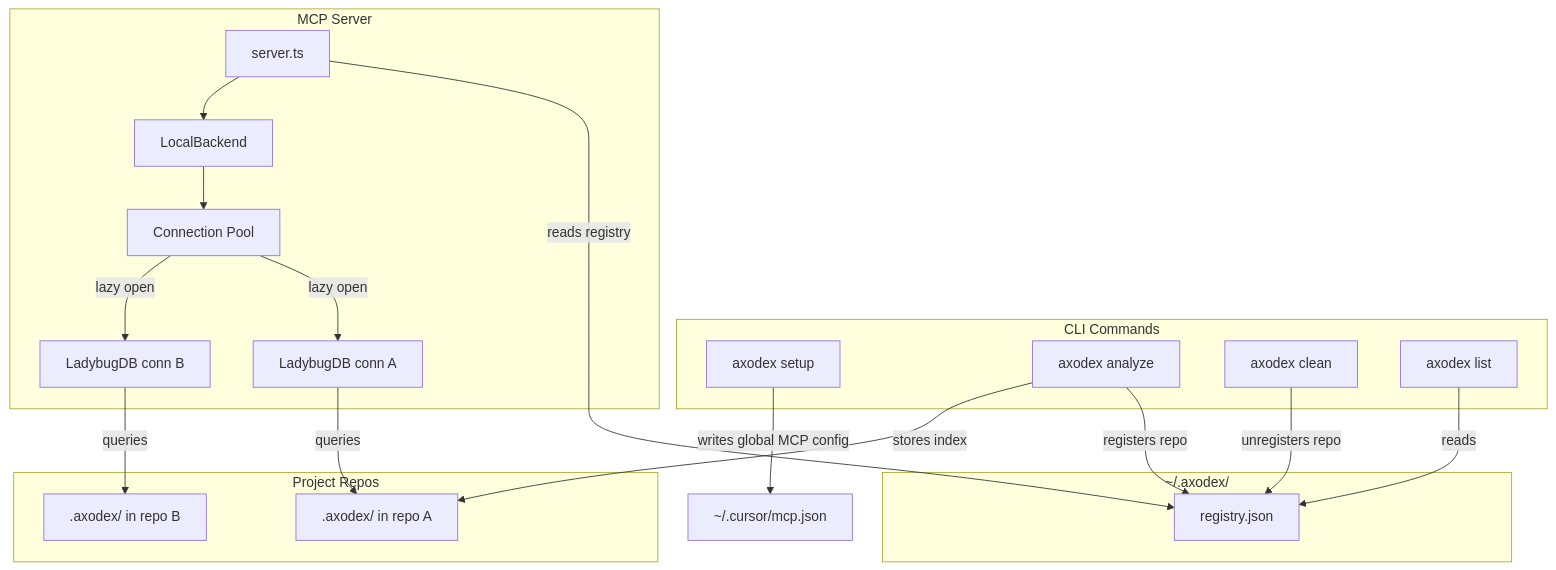
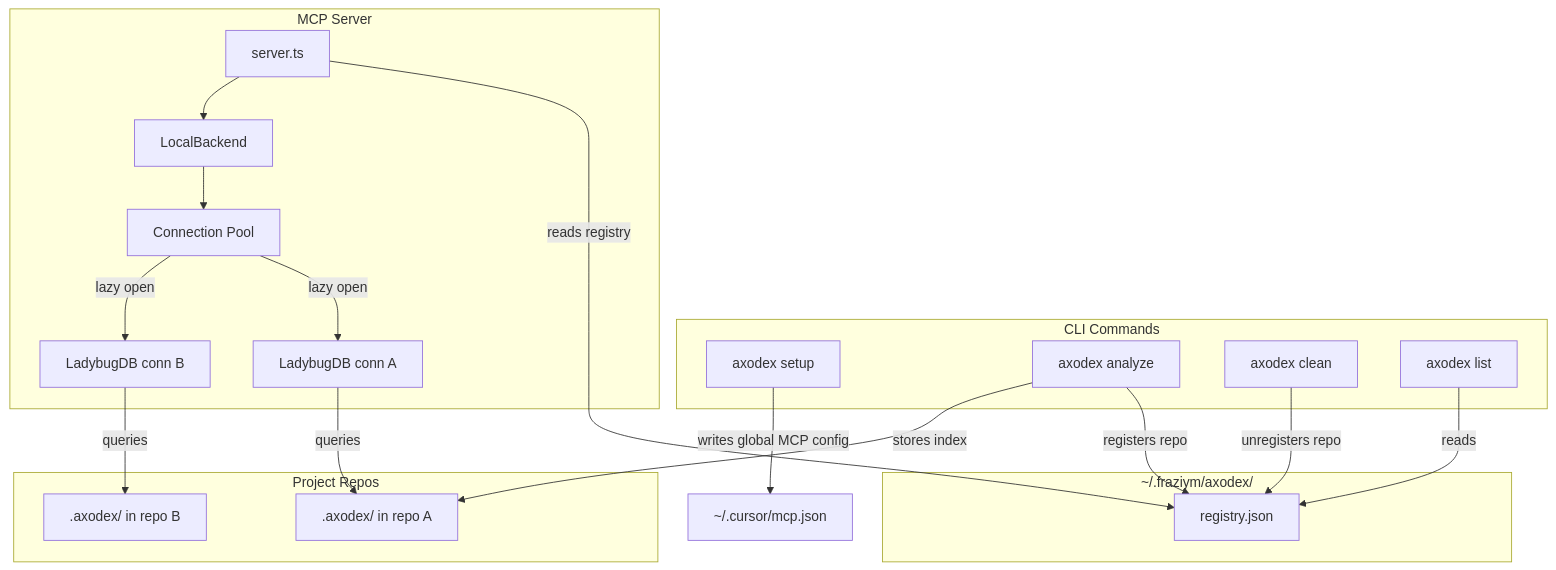
The second of 2 diagrams in README.md (Akik-Forazi/axodex), drawn with Mermaid before and after one commit. The commit also changed other lines of this file and 43 other files, not shown here.

````diff
--- a/README.md
+++ b/README.md
@@ -737,39 +737,39 @@
 ```mermaid
 flowchart TD
     subgraph CLI [CLI Commands]
         Setup["axodex setup"]
         Analyze["axodex analyze"]
         Clean["axodex clean"]
         List["axodex list"]
     end
 
-    subgraph Registry ["~/.axodex/"]
+    subgraph Registry ["~/.fraziym/axodex/"]
         RegFile["registry.json"]
     end
 
     subgraph Repos [Project Repos]
         RepoA[".axodex/ in repo A"]
         RepoB[".axodex/ in repo B"]
     end
 
     subgraph MCP [MCP Server]
         Server["server.ts"]
         Backend["LocalBackend"]
         Pool["Connection Pool"]
         ConnA["LadybugDB conn A"]
         ConnB["LadybugDB conn B"]
     end
 
     Setup -->|"writes global MCP config"| CursorConfig["~/.cursor/mcp.json"]
     Analyze -->|"registers repo"| RegFile
     Analyze -->|"stores index"| RepoA
     Clean -->|"unregisters repo"| RegFile
     List -->|"reads"| RegFile
     Server -->|"reads registry"| RegFile
     Server --> Backend
     Backend --> Pool
     Pool -->|"lazy open"| ConnA
     Pool -->|"lazy open"| ConnB
     ConnA -->|"queries"| RepoA
     ConnB -->|"queries"| RepoB
 ```
````
